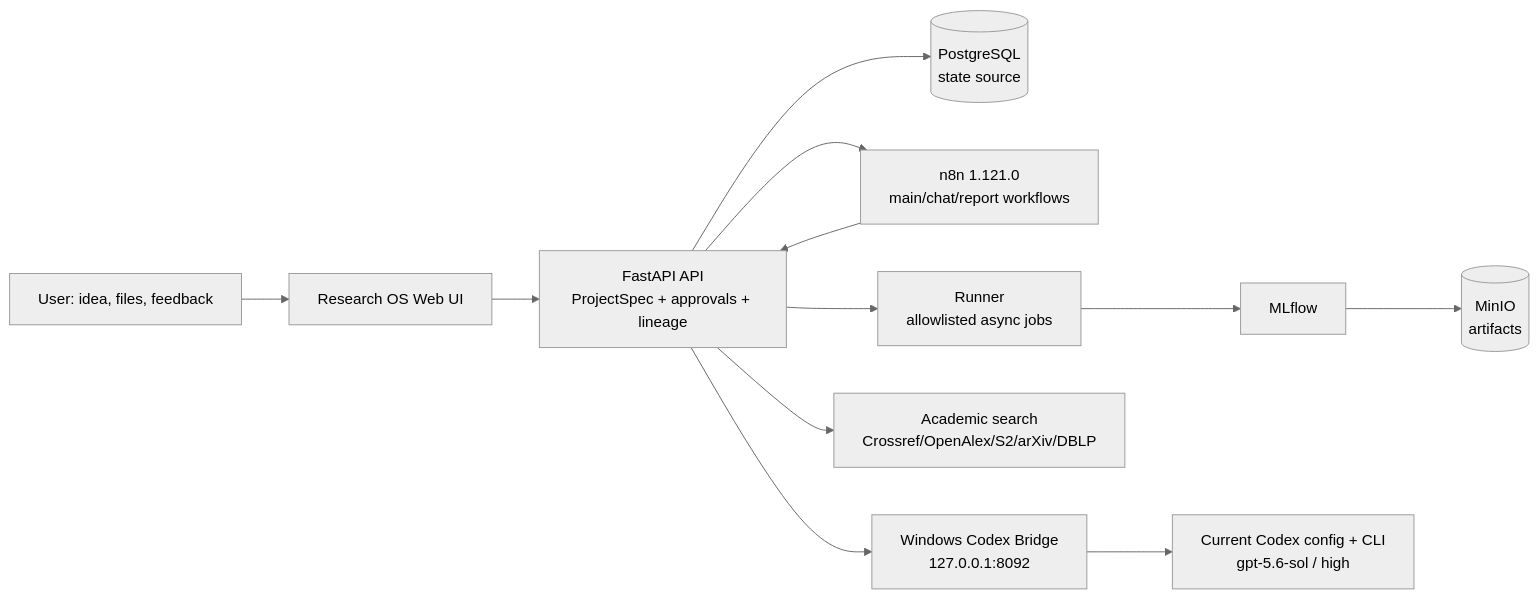
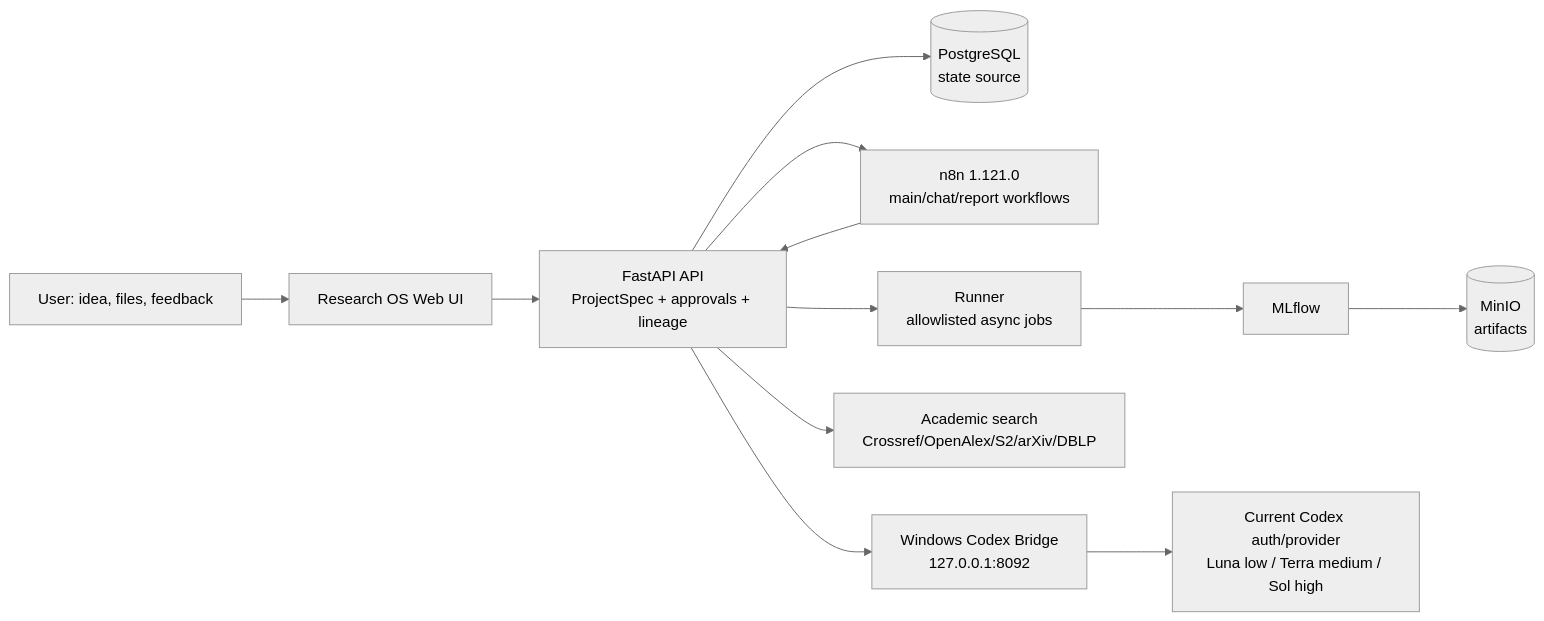
Before and after one commit to Karbo123/ResearchOS: the diagram in README.md, drawn with Mermaid (neutral theme). The commit also changed other lines of this file and 38 other files, not shown here.

````diff
--- a/README.md
+++ b/README.md
@@ -53,14 +57,14 @@
 ```mermaid
 flowchart LR
     U["User: idea, files, feedback"] --> UI["Research OS Web UI"]
     UI --> API["FastAPI API\nProjectSpec + approvals + lineage"]
     API --> PG[("PostgreSQL\nstate source")]
     API --> N8N["n8n 1.121.0\nmain/chat/report workflows"]
     N8N --> API
     API --> R["Runner\nallowlisted async jobs"]
     R --> ML["MLflow"]
     ML --> MI[("MinIO\nartifacts")]
     API --> S["Academic search\nCrossref/OpenAlex/S2/arXiv/DBLP"]
     API --> B["Windows Codex Bridge\n127.0.0.1:8092"]
-    B --> C["Current Codex config + CLI\ngpt-5.6-sol / high"]
+    B --> C["Current Codex auth/provider\nLuna low / Terra medium / Sol high"]
 ```
````
